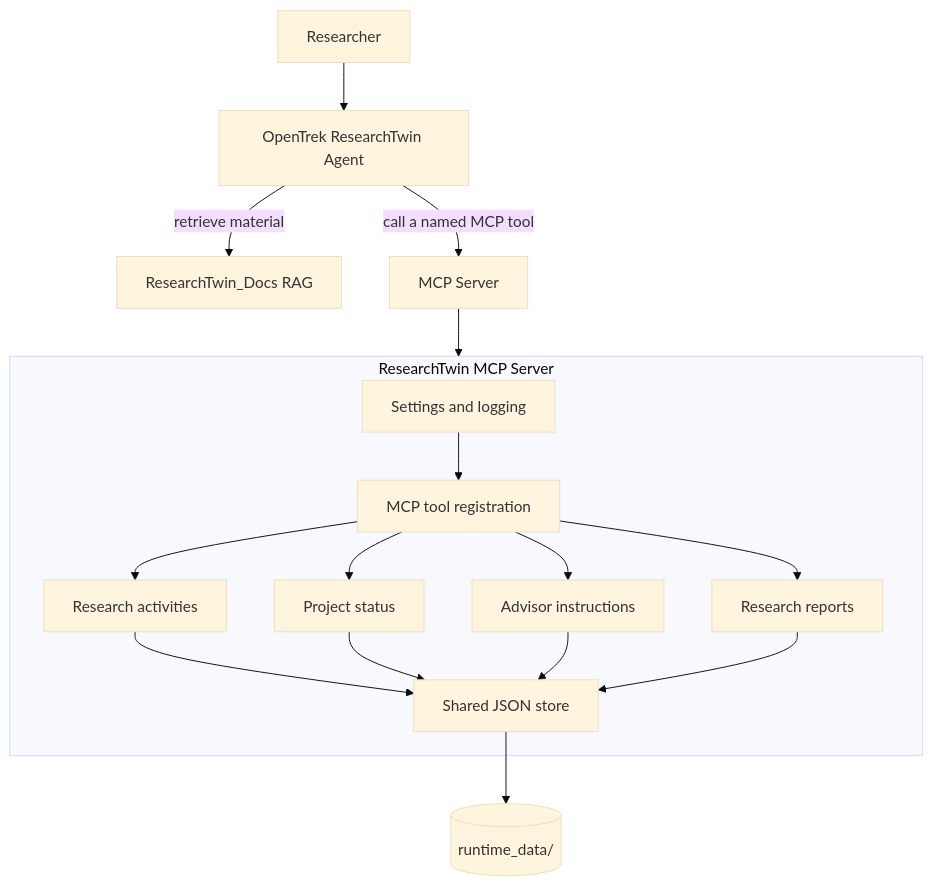
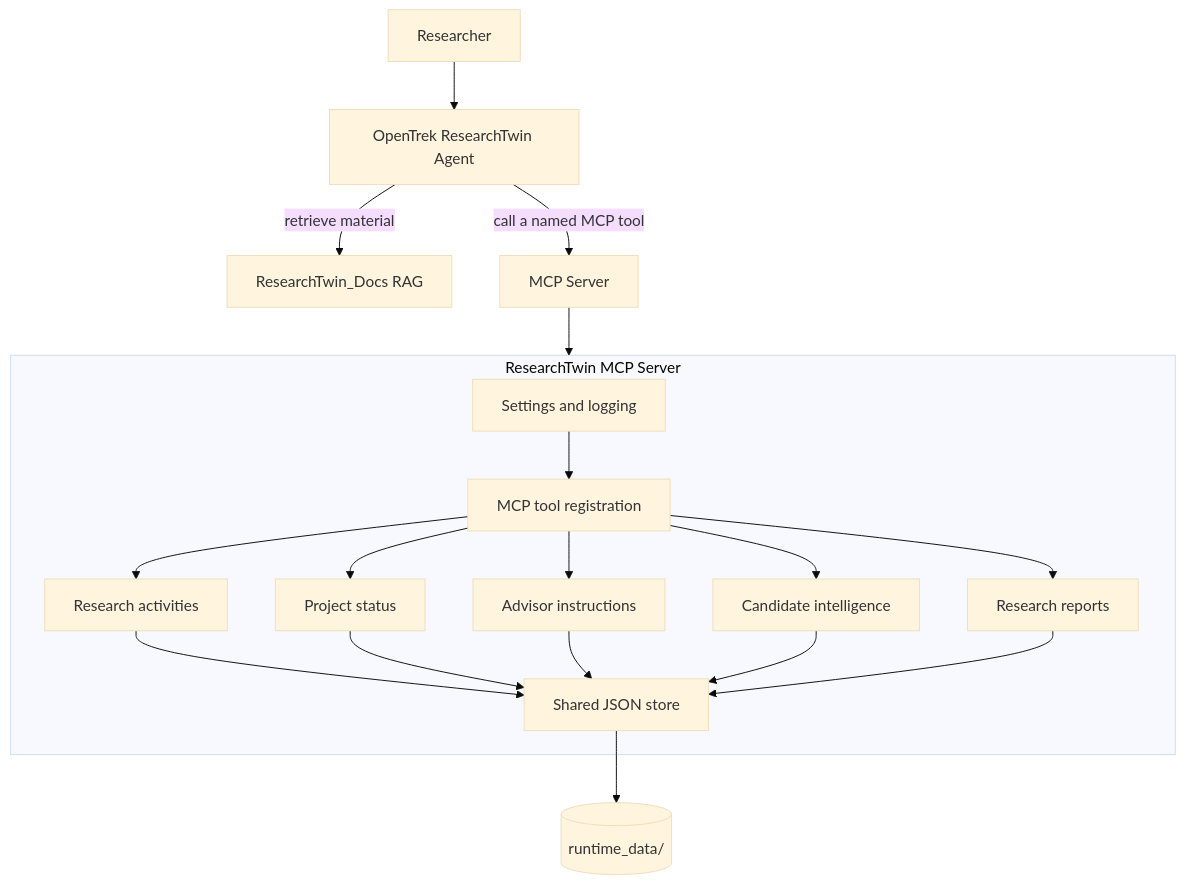
Before and after one commit to sevenboom77/ResearchTwin-MCP-Server: the diagram in docs/architecture.md, drawn with Mermaid (base theme). The commit also changed other lines of this file and 18 other files, not shown here.

Commit message:
feat: add candidate intelligence lifecycle

```diff
--- a/docs/architecture.md
+++ b/docs/architecture.md
@@ -20,28 +21,31 @@
 ~~~mermaid
 flowchart TB
     U[Researcher] --> A[OpenTrek ResearchTwin Agent]
     A -->|retrieve material| R[ResearchTwin_Docs RAG]
     A -->|call a named MCP tool| S[MCP Server]
 
     subgraph Srv[ResearchTwin MCP Server]
         C[Settings and logging]
         M[MCP tool registration]
         T1[Research activities]
         T2[Project status]
         T3[Advisor instructions]
-        T4[Research reports]
+        T4[Candidate intelligence]
+        T5[Research reports]
         J[Shared JSON store]
         C --> M
         M --> T1
         M --> T2
         M --> T3
         M --> T4
+        M --> T5
         T1 --> J
         T2 --> J
         T3 --> J
         T4 --> J
+        T5 --> J
     end
 
     S --> Srv
     J --> D[(runtime_data/)]
 ~~~
```
